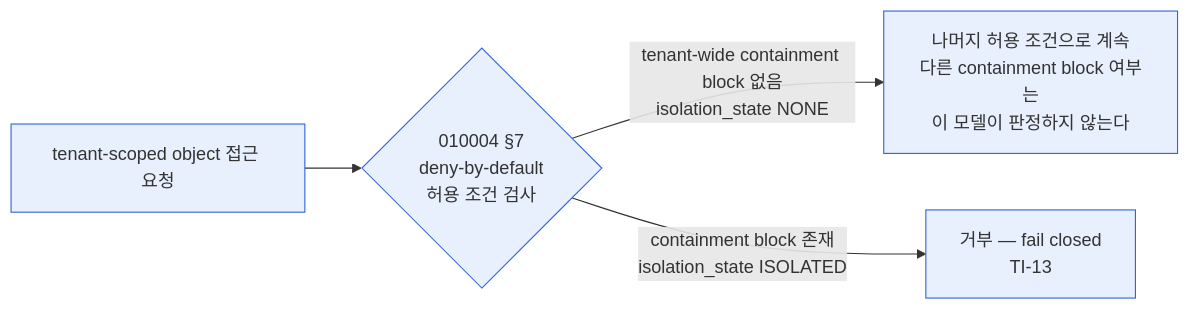
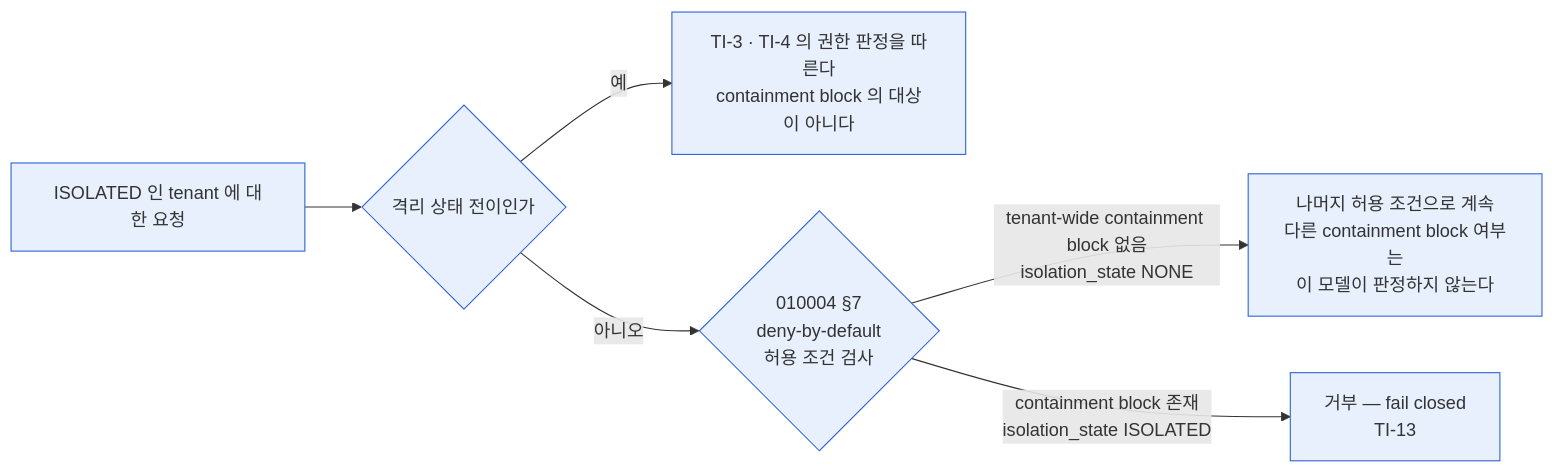
Before and after one commit to mirunubi/yoonsul_wait_order_handoff: the fourth of 8 diagrams in docs/600000_implementation_lifecycle/601900_tenant_isolation_axis_v2/601905_Diagram_Tenant_Isolation_Axis_Model.md, drawn with Mermaid. The commit also changed other lines of this file, not shown here.

````diff
--- a/docs/600000_implementation_lifecycle/601900_tenant_isolation_axis_v2/601905_Diagram_Tenant_Isolation_Axis_Model.md
+++ b/docs/600000_implementation_lifecycle/601900_tenant_isolation_axis_v2/601905_Diagram_Tenant_Isolation_Axis_Model.md
@@ -234,9 +237,11 @@
 ```mermaid
 flowchart LR
-  REQ2["tenant-scoped object 접근 요청"] --> CHK{"010004 §7<br/>deny-by-default<br/>허용 조건 검사"}
+  REQ2["ISOLATED 인 tenant 에 대한 요청"] --> TR{"격리 상태 전이인가"}
+  TR -->|"예"| GATE2["TI-3 · TI-4 의 권한 판정을 따른다<br/>containment block 의 대상이 아니다"]
+  TR -->|"아니오"| CHK{"010004 §7<br/>deny-by-default<br/>허용 조건 검사"}
   CHK -->|"tenant-wide containment block 없음<br/>isolation_state NONE"| OK["나머지 허용 조건으로 계속<br/>다른 containment block 여부는<br/>이 모델이 판정하지 않는다"]
   CHK -->|"containment block 존재<br/>isolation_state ISOLATED"| NO["거부 — fail closed<br/>TI-13"]
 
   classDef decided fill:#e8f0fe,stroke:#3367d6,stroke-width:1px
-  class REQ2,CHK,OK,NO decided
+  class REQ2,TR,GATE2,CHK,OK,NO decided
 ```
````
